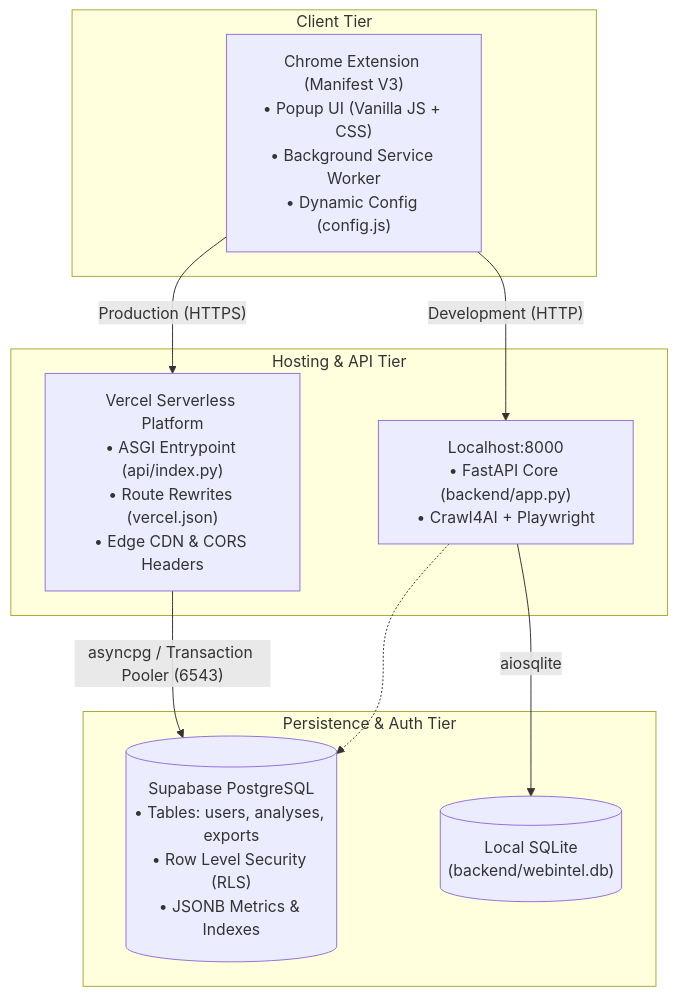
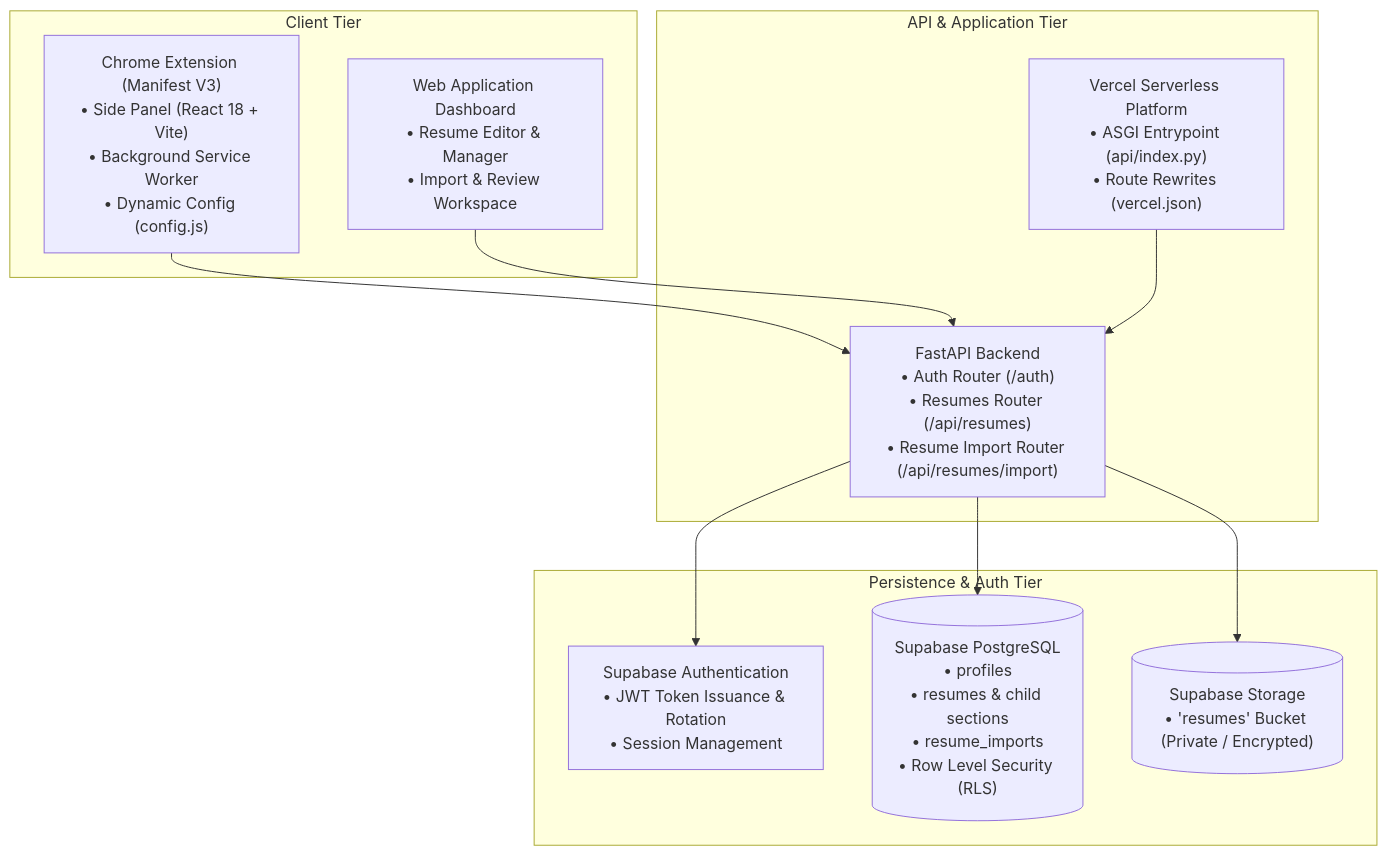
Before and after one commit to LONGENUS/browser-analytics-extension: the diagram in README.md, drawn with Mermaid. The commit also changed other lines of this file and 196 other files, not shown here.

````diff
--- a/README.md
+++ b/README.md
@@ -16,22 +18,25 @@
 ```mermaid
 flowchart TD
     subgraph Client["Client Tier"]
-        CE["Chrome Extension (Manifest V3)\n• Popup UI (Vanilla JS + CSS)\n• Background Service Worker\n• Dynamic Config (config.js)"]
+        EXT["Chrome Extension (Manifest V3)\n• Side Panel (React 18 + Vite)\n• Background Service Worker\n• Dynamic Config (config.js)"]
+        WEB["Web Application Dashboard\n• Resume Editor & Manager\n• Import & Review Workspace"]
     end
 
-    subgraph Hosting["Hosting & API Tier"]
-        Vercel["Vercel Serverless Platform\n• ASGI Entrypoint (api/index.py)\n• Route Rewrites (vercel.json)\n• Edge CDN & CORS Headers"]
-        Local["Localhost:8000\n• FastAPI Core (backend/app.py)\n• Crawl4AI + Playwright"]
+    subgraph API["API & Application Tier"]
+        FastAPI["FastAPI Backend\n• Auth Router (/auth)\n• Resumes Router (/api/resumes)\n• Resume Import Router (/api/resumes/import)"]
+        Vercel["Vercel Serverless Platform\n• ASGI Entrypoint (api/index.py)\n• Route Rewrites (vercel.json)"]
     end
 
     subgraph Database["Persistence & Auth Tier"]
-        SupaDB[("Supabase PostgreSQL\n• Tables: users, analyses, exports\n• Row Level Security (RLS)\n• JSONB Metrics & Indexes")]
-        SQLite[("Local SQLite\n(backend/webintel.db)")]
+        SupabaseAuth["Supabase Authentication\n• JWT Token Issuance & Rotation\n• Session Management"]
+        SupabaseDB[("Supabase PostgreSQL\n• profiles\n• resumes & child sections\n• resume_imports\n• Row Level Security (RLS)")]
+        SupabaseStorage[("Supabase Storage\n• 'resumes' Bucket (Private / Encrypted)")]
     end
 
-    CE -- "Production (HTTPS)" --> Vercel
-    CE -- "Development (HTTP)" --> Local
-    Vercel -- "asyncpg / Transaction Pooler (6543)" --> SupaDB
-    Local -- "aiosqlite" --> SQLite
-    Local -.-> SupaDB
+    EXT --> FastAPI
+    WEB --> FastAPI
+    FastAPI --> SupabaseAuth
+    FastAPI --> SupabaseDB
+    FastAPI --> SupabaseStorage
+    Vercel --> FastAPI
 ```
````
